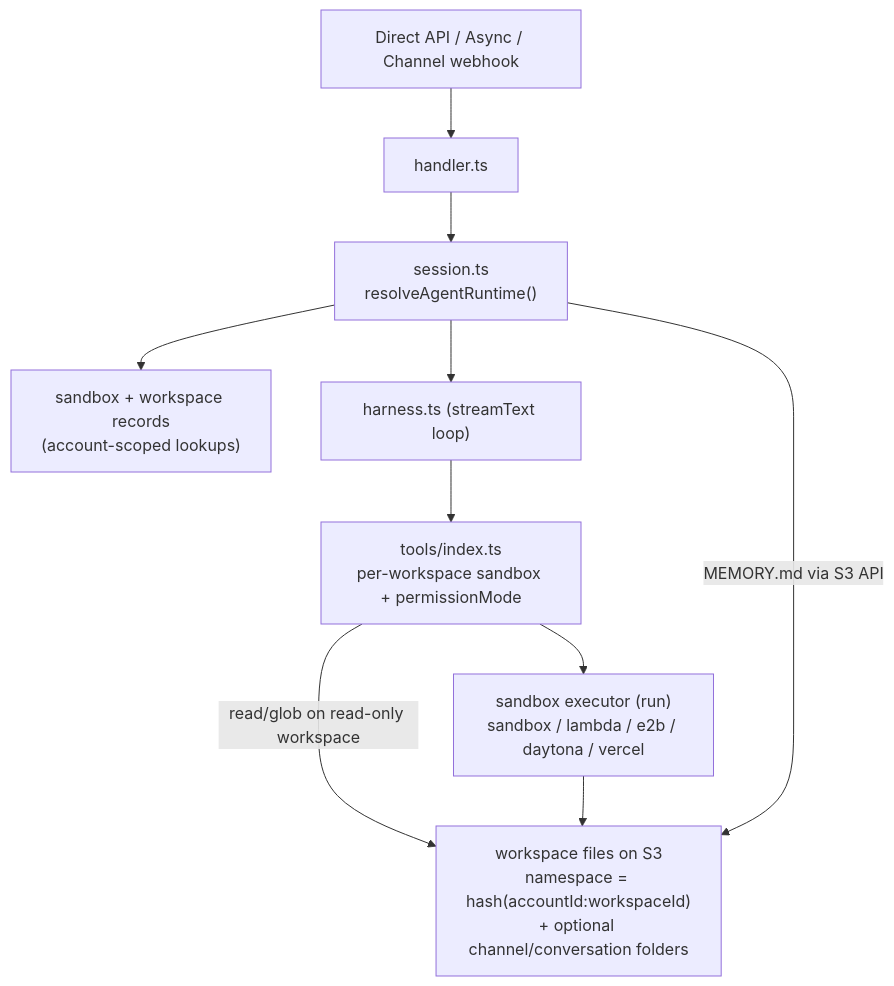
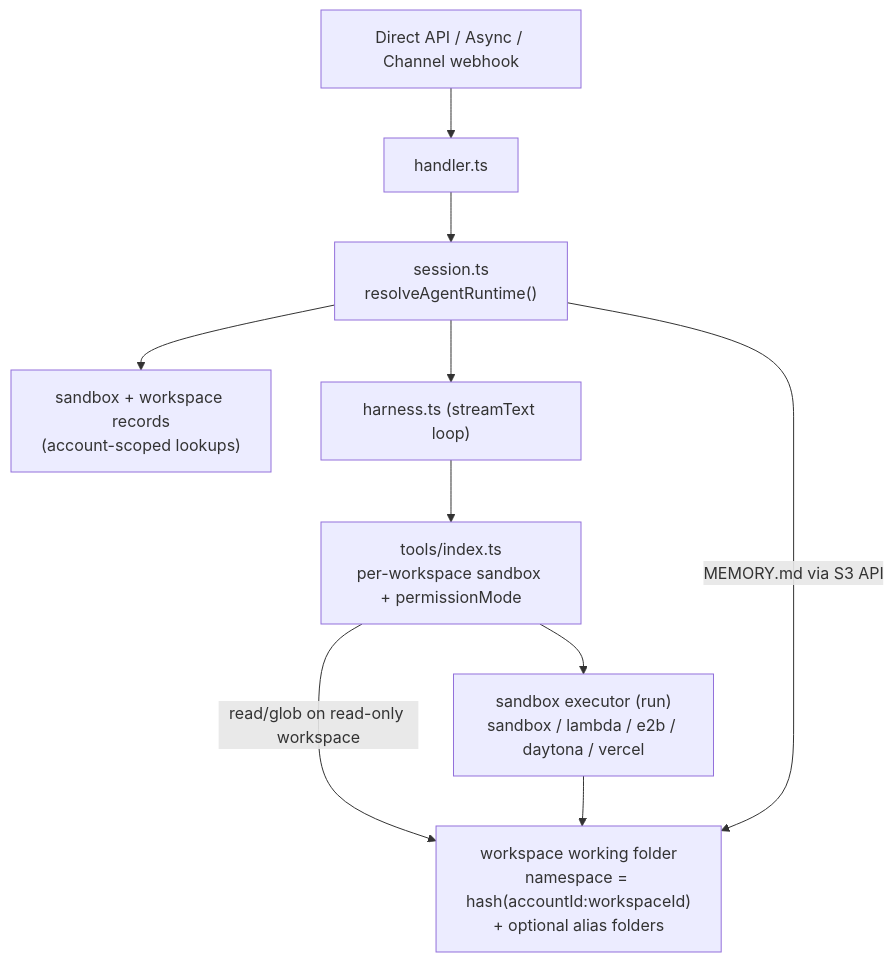
Before and after one commit to beeblastco/broods: the second of 3 diagrams in apps/docs/docs/workspace/index.md, drawn with Mermaid. The commit also changed other lines of this file and 25 other files, not shown here.

````diff
--- a/apps/docs/docs/workspace/index.md
+++ b/apps/docs/docs/workspace/index.md
@@ -139,12 +157,12 @@
 ```mermaid
 flowchart TD
   Request["Direct API / Async / Channel webhook"] --> Handler["handler.ts"]
   Handler --> Session["session.ts<br/>resolveAgentRuntime()"]
   Session --> Resolve["sandbox + workspace records<br/>(account-scoped lookups)"]
   Session --> Harness["harness.ts (streamText loop)"]
   Harness --> Tools["tools/index.ts<br/>per-workspace sandbox + permissionMode"]
   Tools --> Sandbox["sandbox executor (run)<br/>sandbox / lambda / e2b / daytona / vercel"]
   Tools -->|read/glob on read-only workspace| Files
-  Sandbox --> Files["workspace files on S3<br/>namespace = hash(accountId:workspaceId)<br/>+ optional channel/conversation folders"]
+  Sandbox --> Files["workspace working folder<br/>namespace = hash(accountId:workspaceId)<br/>+ optional alias folders"]
   Session -->|MEMORY.md via S3 API| Files
 ```
````
